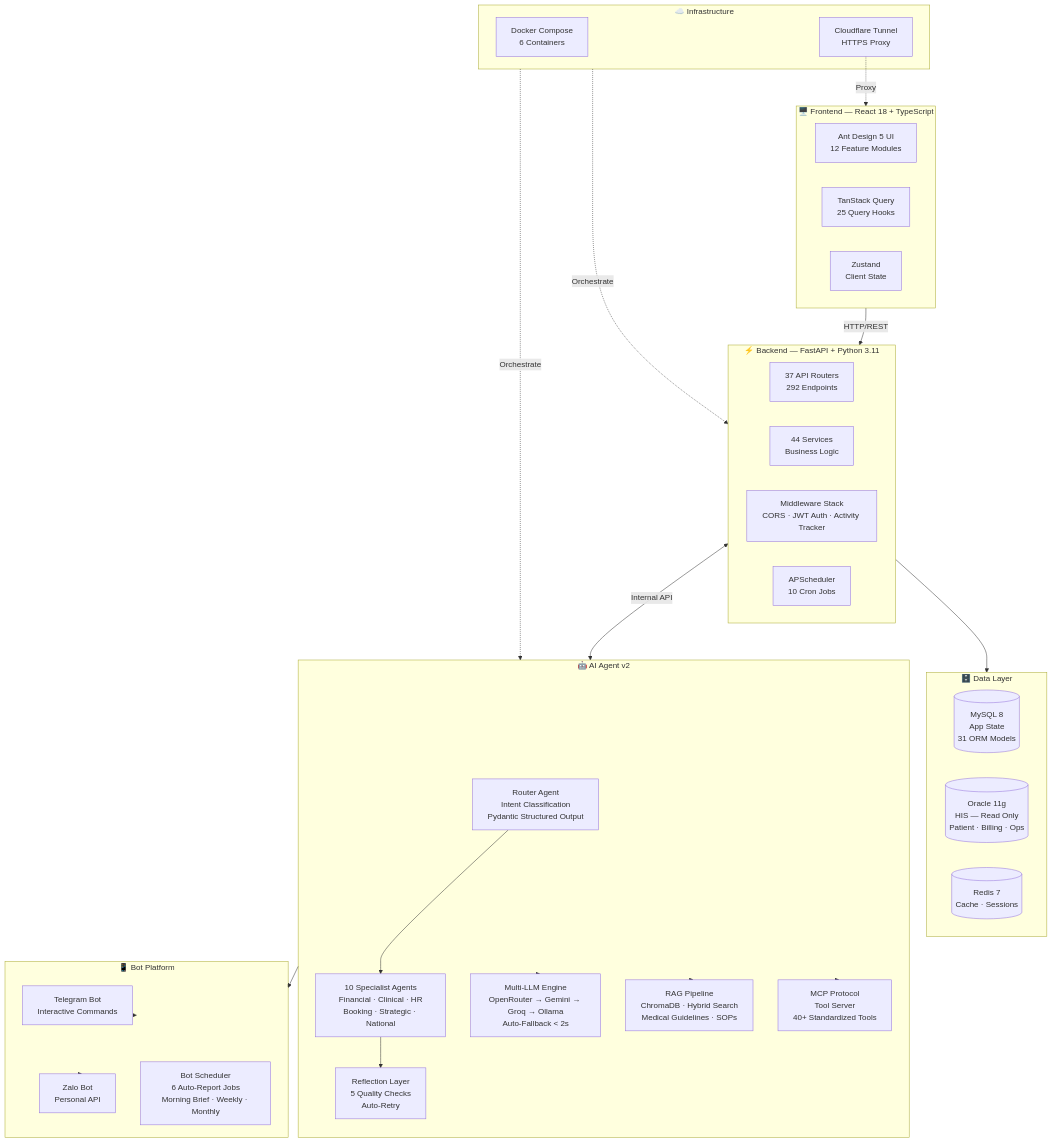
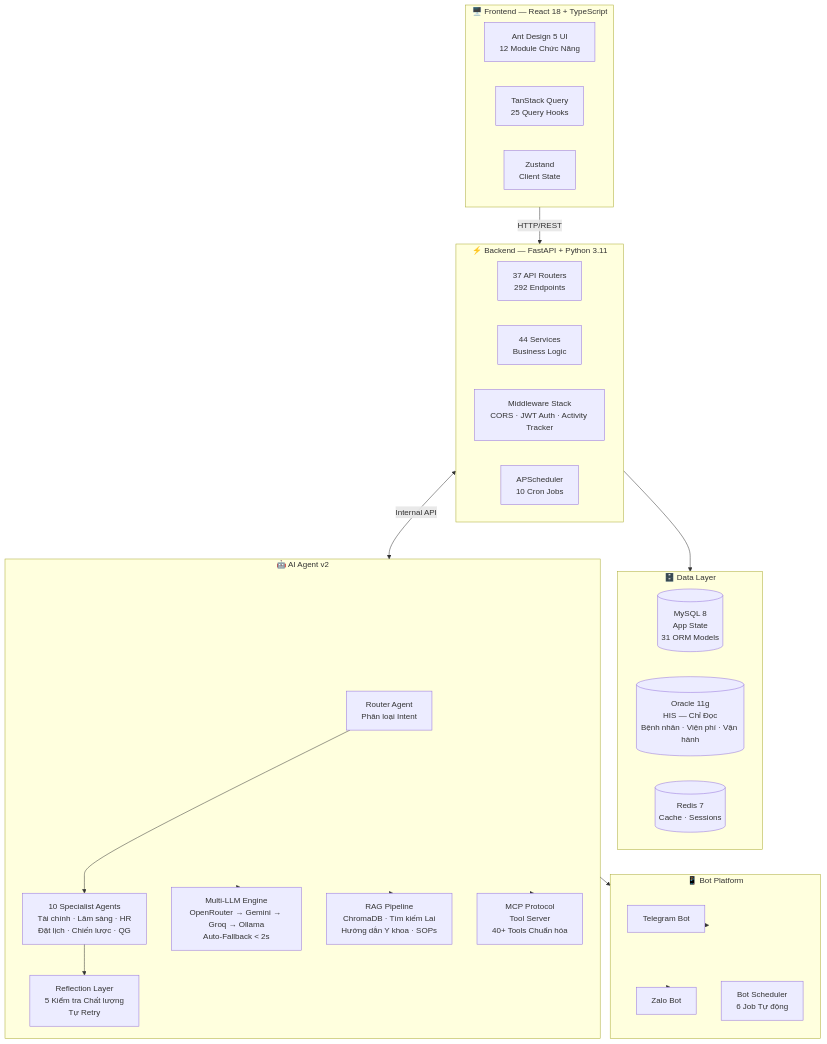
The diagram in README.md (ducthanh1810/ai-healthcare-dashboard), drawn with Mermaid before and after one commit. The commit also changed other lines of this file and 2 other files, not shown here.

````diff
--- a/README.md
+++ b/README.md
@@ -90,56 +90,48 @@
 ```mermaid
 graph TB
     subgraph Client ["🖥️ Frontend — React 18 + TypeScript"]
-        UI["Ant Design 5 UI<br/>12 Feature Modules"]
+        UI["Ant Design 5 UI<br/>12 Module Chức Năng"]
         TQ["TanStack Query<br/>25 Query Hooks"]
         ZS["Zustand<br/>Client State"]
     end
 
     subgraph API ["⚡ Backend — FastAPI + Python 3.11"]
         RT["37 API Routers<br/>292 Endpoints"]
         SV["44 Services<br/>Business Logic"]
         MW["Middleware Stack<br/>CORS · JWT Auth · Activity Tracker"]
         SCH["APScheduler<br/>10 Cron Jobs"]
     end
 
     subgraph Data ["🗄️ Data Layer"]
         MY[("MySQL 8<br/>App State<br/>31 ORM Models")]
-        OR[("Oracle 11g<br/>HIS — Read Only<br/>Patient · Billing · Ops")]
+        OR[("Oracle 11g<br/>HIS — Chỉ Đọc<br/>Bệnh nhân · Viện phí · Vận hành")]
         RD[("Redis 7<br/>Cache · Sessions")]
     end
 
     subgraph AI ["🤖 AI Agent v2"]
-        RO["Router Agent<br/>Intent Classification<br/>Pydantic Structured Output"]
-        SP["10 Specialist Agents<br/>Financial · Clinical · HR<br/>Booking · Strategic · National"]
-        RF["Reflection Layer<br/>5 Quality Checks<br/>Auto-Retry"]
+        RO["Router Agent<br/>Phân loại Intent"]
+        SP["10 Specialist Agents<br/>Tài chính · Lâm sàng · HR<br/>Đặt lịch · Chiến lược · QG"]
+        RF["Reflection Layer<br/>5 Kiểm tra Chất lượng<br/>Tự Retry"]
         LLM["Multi-LLM Engine<br/>OpenRouter → Gemini → Groq → Ollama<br/>Auto-Fallback < 2s"]
-        RAG["RAG Pipeline<br/>ChromaDB · Hybrid Search<br/>Medical Guidelines · SOPs"]
-        MCP["MCP Protocol<br/>Tool Server<br/>40+ Standardized Tools"]
+        RAG["RAG Pipeline<br/>ChromaDB · Tìm kiếm Lai<br/>Hướng dẫn Y khoa · SOPs"]
+        MCP["MCP Protocol<br/>Tool Server<br/>40+ Tools Chuẩn hóa"]
     end
 
     subgraph Bot ["📱 Bot Platform"]
-        TG["Telegram Bot<br/>Interactive Commands"]
-        ZL["Zalo Bot<br/>Personal API"]
-        BS["Bot Scheduler<br/>6 Auto-Report Jobs<br/>Morning Brief · Weekly · Monthly"]
-    end
-
-    subgraph Infra ["☁️ Infrastructure"]
-        DC["Docker Compose<br/>6 Containers"]
-        CF["Cloudflare Tunnel<br/>HTTPS Proxy"]
+        TG["Telegram Bot"]
+        ZL["Zalo Bot"]
+        BS["Bot Scheduler<br/>6 Job Tự động"]
     end
 
     Client -->|"HTTP/REST"| API
     API --> Data
     API <-->|"Internal API"| AI
     RO --> SP
     SP --> RF
     AI --> LLM
     AI --> RAG
     AI --> MCP
     AI --> Bot
     Bot --> TG
     Bot --> ZL
-    Infra -.->|"Orchestrate"| API
-    Infra -.->|"Orchestrate"| AI
-    CF -.->|"Proxy"| Client
 ```
````
